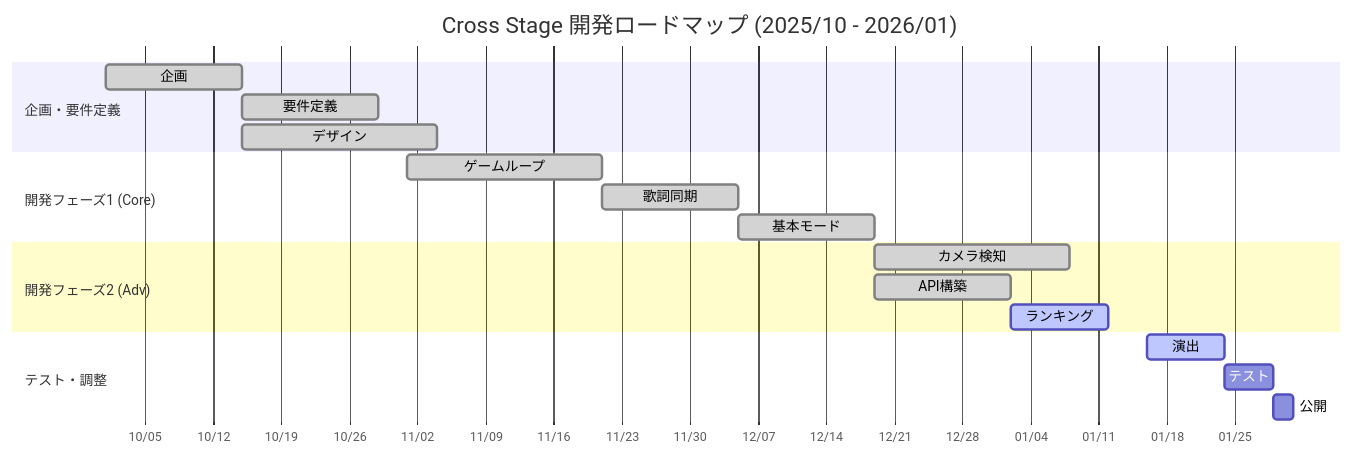
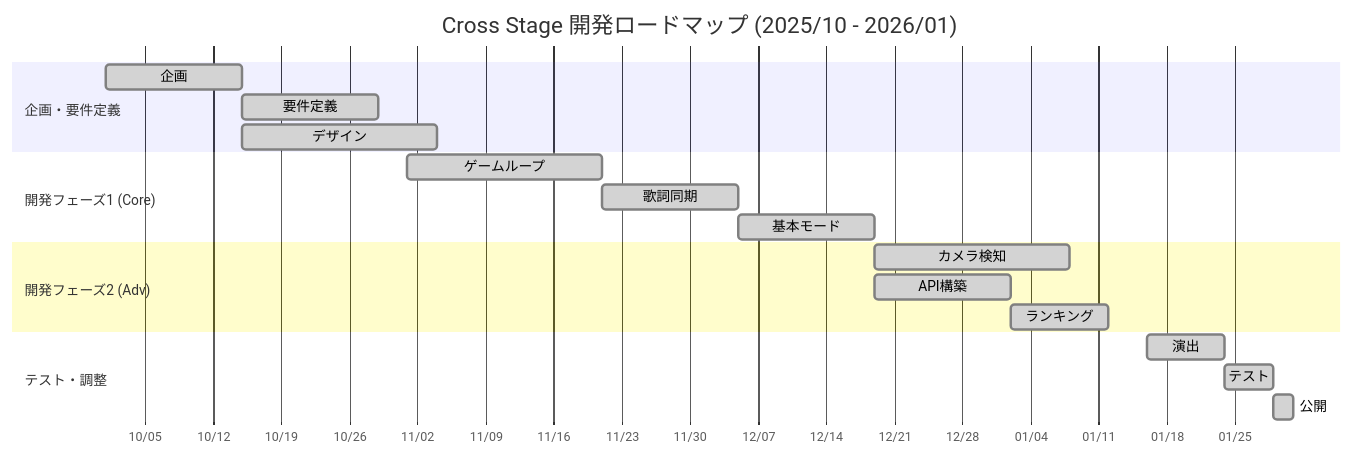
The sixth of 9 diagrams in README.md (syusyusyusyu/star), drawn with Mermaid before and after one commit.

Commit message:
fix: 開発スケジュールのランキング、演出、テスト、公開のステータスを更新

````diff
--- a/README.md
+++ b/README.md
@@ -195,26 +195,26 @@
 ```mermaid
 gantt
     title Cross Stage 開発ロードマップ (2025/10 - 2026/01)
     dateFormat  YYYY-MM-DD
     axisFormat %m/%d
     
     section 企画・要件定義
     企画               :done, a1, 2025-10-01, 14d
     要件定義           :done, a2, after a1, 14d
     デザイン           :done, a3, after a1, 20d
     
     section 開発フェーズ1 (Core)
     ゲームループ       :done, b1, 2025-11-01, 20d
     歌詞同期           :done, b2, after b1, 14d
     基本モード         :done, b3, after b2, 14d
     
     section 開発フェーズ2 (Adv)
     カメラ検知         :done, c1, after b3, 20d
     API構築            :done, c2, after b3, 14d
-    ランキング         :active, c3, after c2, 10d
+    ランキング         :done, c3, after c2, 10d
     
     section テスト・調整
-    演出               :active, d1, 2026-01-16, 8d
-    テスト             :d2, after d1, 5d
-    公開               :d3, after d2, 2d
+    演出               :done, d1, 2026-01-16, 8d
+    テスト             :done, d2, after d1, 5d
+    公開               :done, d3, after d2, 2d
 ```
````
